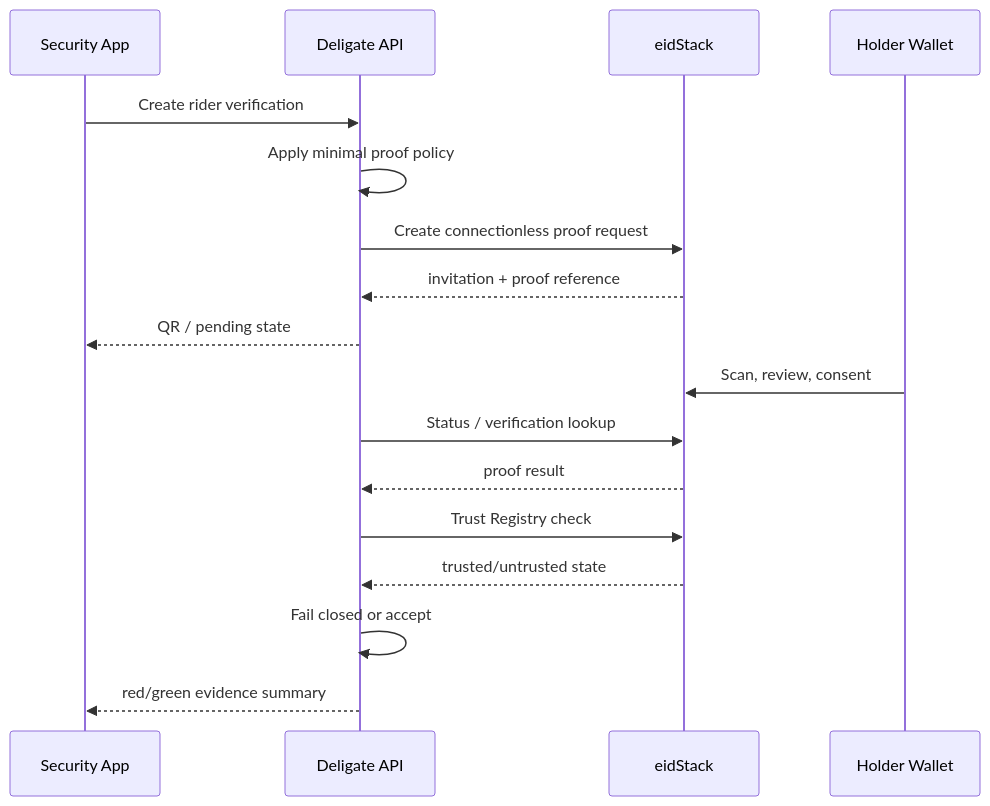
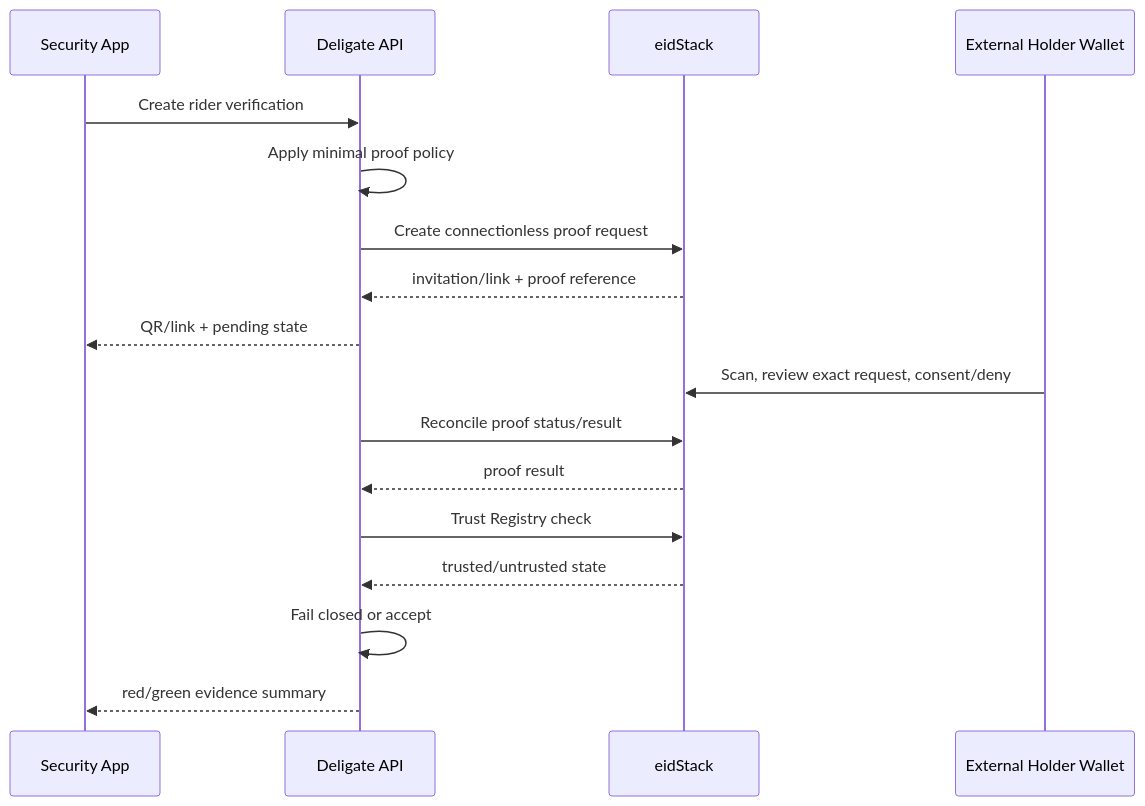
One commit to midhun00071/Deligate changed the third of 4 diagrams in docs/ARCH.md. Above: the diagram before and after it, drawn with Mermaid. The commit also changed other lines of this file and 36 other files, not shown here.

````diff
--- a/docs/ARCH.md
+++ b/docs/ARCH.md
@@ -123,20 +132,20 @@
 ```mermaid
 sequenceDiagram
   participant Guard as Security App
   participant API as Deligate API
   participant ES as eidStack
-  participant Wallet as Holder Wallet
+  participant Wallet as External Holder Wallet
 
   Guard->>API: Create rider verification
   API->>API: Apply minimal proof policy
   API->>ES: Create connectionless proof request
-  ES-->>API: invitation + proof reference
-  API-->>Guard: QR / pending state
-  Wallet->>ES: Scan, review, consent
-  API->>ES: Status / verification lookup
+  ES-->>API: invitation/link + proof reference
+  API-->>Guard: QR/link + pending state
+  Wallet->>ES: Scan, review exact request, consent/deny
+  API->>ES: Reconcile proof status/result
   ES-->>API: proof result
   API->>ES: Trust Registry check
   ES-->>API: trusted/untrusted state
   API->>API: Fail closed or accept
   API-->>Guard: red/green evidence summary
 ```
````
